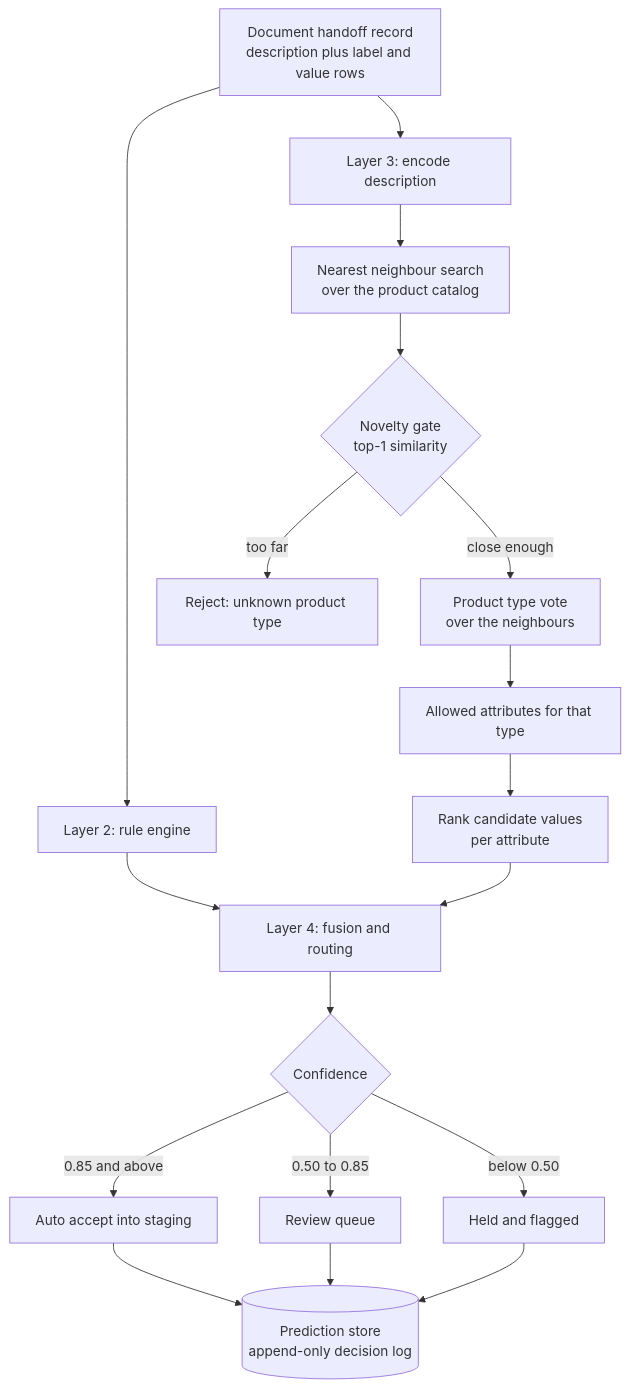
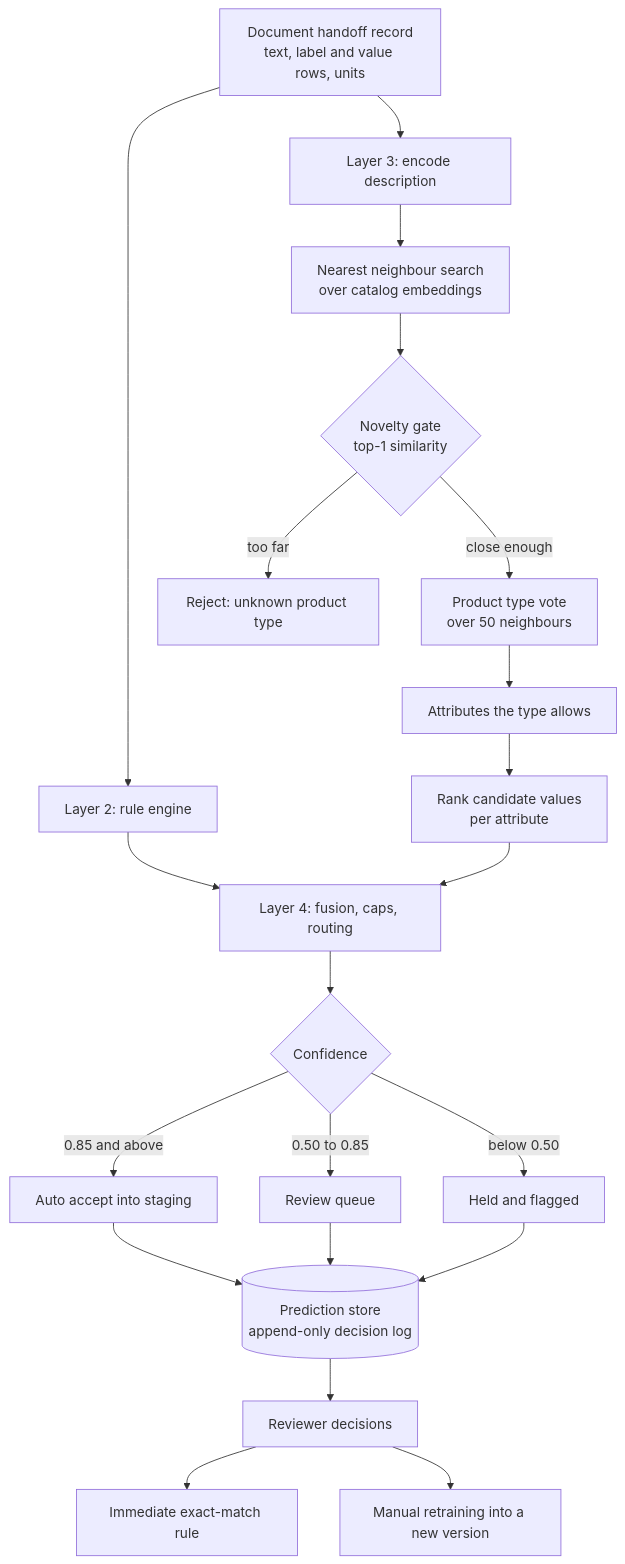
Before and after one commit to AshrithaG/attribute-prediction-architecture: the diagram in README.md, drawn with Mermaid. The commit also changed other lines of this file and 11 other files, not shown here.

````diff
--- a/README.md
+++ b/README.md
@@ -43,20 +17,23 @@
 ```mermaid
 flowchart TD
-    A[Document handoff record<br/>description plus label and value rows] --> B[Layer 2: rule engine]
+    A[Document handoff record<br/>text, label and value rows, units] --> B[Layer 2: rule engine]
     A --> C[Layer 3: encode description]
-    C --> D[Nearest neighbour search<br/>over the product catalog]
+    C --> D[Nearest neighbour search<br/>over catalog embeddings]
     D --> E{Novelty gate<br/>top-1 similarity}
     E -->|too far| R[Reject: unknown product type]
-    E -->|close enough| F[Product type vote<br/>over the neighbours]
-    F --> G[Allowed attributes for that type]
+    E -->|close enough| F[Product type vote<br/>over 50 neighbours]
+    F --> G[Attributes the type allows]
     G --> H[Rank candidate values<br/>per attribute]
-    B --> I[Layer 4: fusion and routing]
+    B --> I[Layer 4: fusion, caps, routing]
     H --> I
     I --> J{Confidence}
     J -->|0.85 and above| K[Auto accept into staging]
     J -->|0.50 to 0.85| L[Review queue]
     J -->|below 0.50| M[Held and flagged]
     K --> N[(Prediction store<br/>append-only decision log)]
     L --> N
     M --> N
+    N --> O[Reviewer decisions]
+    O --> P[Immediate exact-match rule]
+    O --> Q[Manual retraining into a new version]
 ```
````
